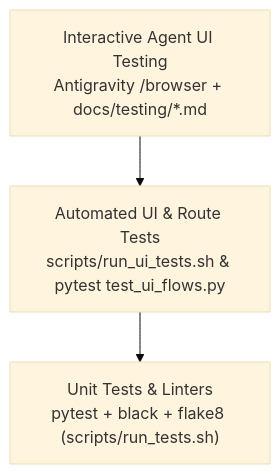
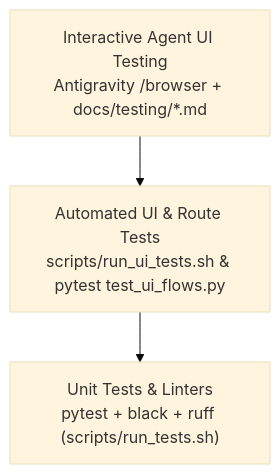
One commit to stuart-c/travel-assistant changed the diagram in TESTING.md. Above: the diagram before and after it, drawn with Mermaid (base theme). The commit also changed other lines of this file and 6 other files, not shown here.

Commit message:
chore: replace flake8 with ruff for linting (#102)

````diff
--- a/TESTING.md
+++ b/TESTING.md
@@ -11,5 +11,5 @@
 ```mermaid
 flowchart TD
     A["Interactive Agent UI Testing<br>Antigravity /browser + docs/testing/*.md"] --> B["Automated UI & Route Tests<br>scripts/run_ui_tests.sh & pytest test_ui_flows.py"]
-    B --> C["Unit Tests & Linters<br>pytest + black + flake8 (scripts/run_tests.sh)"]
+    B --> C["Unit Tests & Linters<br>pytest + black + ruff (scripts/run_tests.sh)"]
 ```
````
